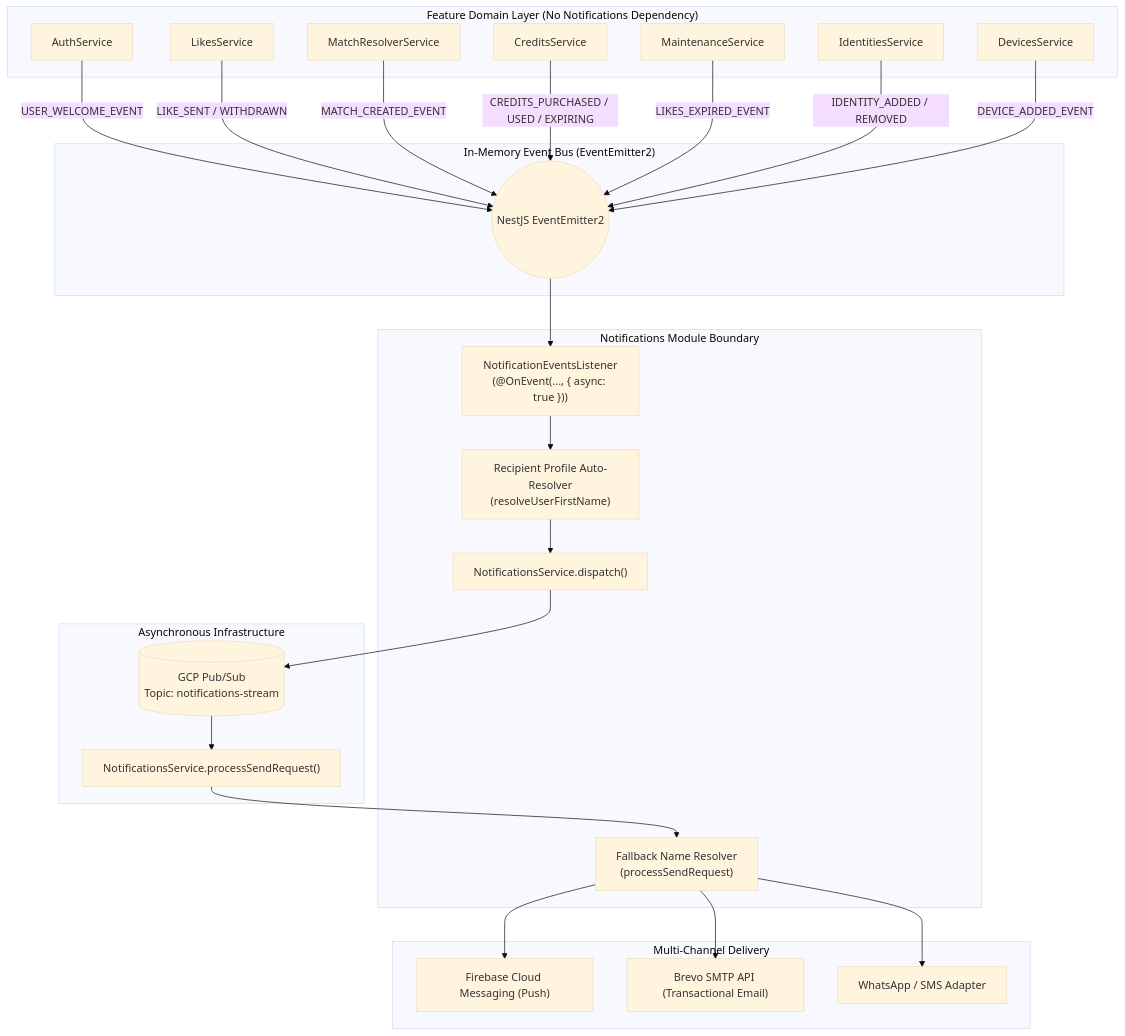
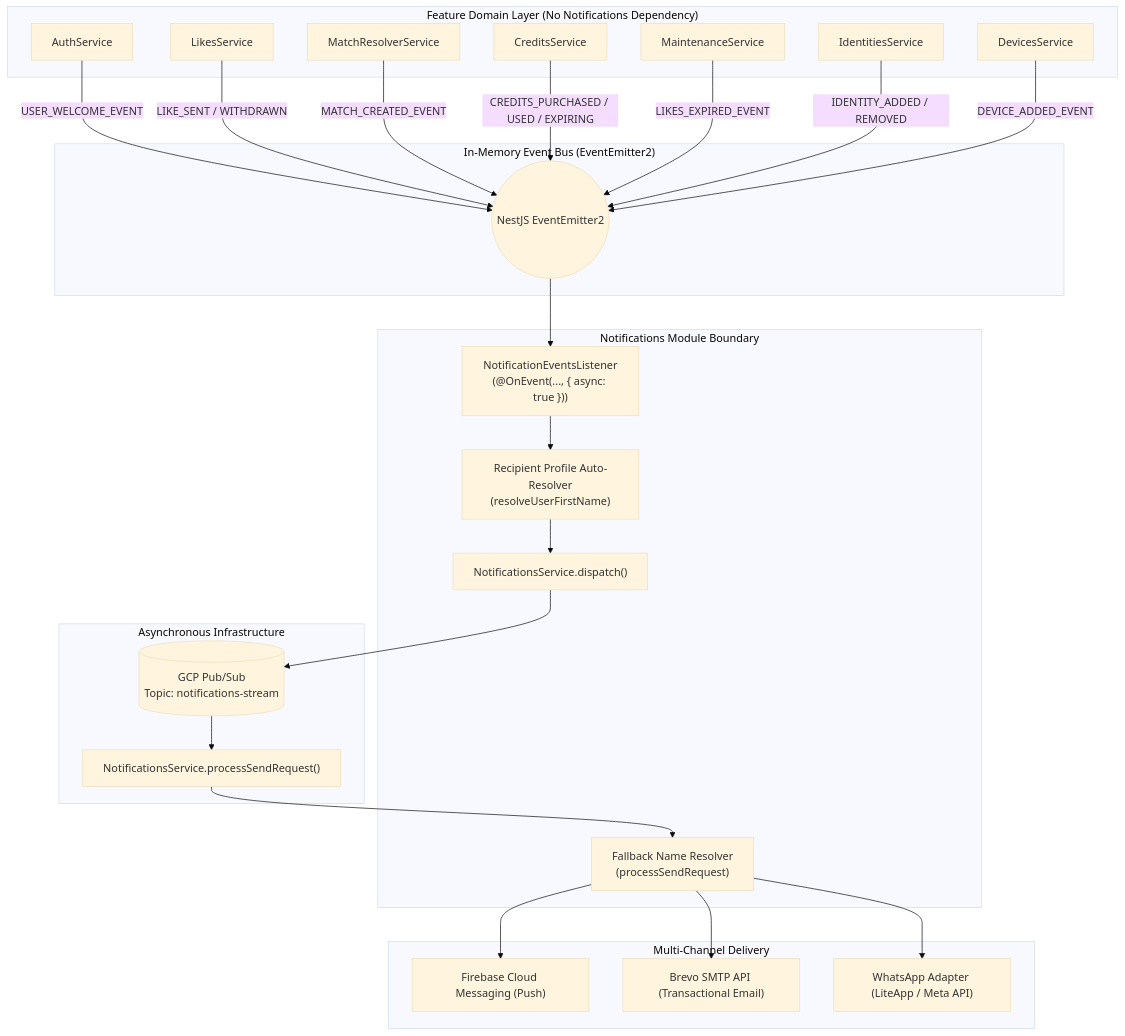
Before and after one commit to SaveSoulApp/Breathaway-Backend: the diagram in docs-site/docs/architecture/domain-events.md, drawn with Mermaid (base theme). The commit also changed other lines of this file and 28 other files, not shown here.

First line of the commit message:
[Feature] WhatsApp integration (#101)

````diff
--- a/docs-site/docs/architecture/domain-events.md
+++ b/docs-site/docs/architecture/domain-events.md
@@ -51,52 +51,52 @@
 ```mermaid
 flowchart TD
     subgraph FeatureDomains["Feature Domain Layer (No Notifications Dependency)"]
         AUTH["AuthService"]
         LIKES["LikesService"]
         MATCH["MatchResolverService"]
         CREDITS["CreditsService"]
         MAINT["MaintenanceService"]
         IDENT["IdentitiesService"]
         DEV["DevicesService"]
     end
 
     subgraph EventBroker["In-Memory Event Bus (EventEmitter2)"]
         BUS(("NestJS EventEmitter2"))
     end
 
     subgraph NotificationsLayer["Notifications Module Boundary"]
         LISTENER["NotificationEventsListener<br/>(@OnEvent(..., { async: true }))"]
         RESOLVER["Recipient Profile Auto-Resolver<br/>(resolveUserFirstName)"]
         NOTIF_SVC["NotificationsService.dispatch()"]
         FALLBACK["Fallback Name Resolver<br/>(processSendRequest)"]
     end
 
     subgraph MessagingQueue["Asynchronous Infrastructure"]
         PUBSUB[("GCP Pub/Sub<br/>Topic: notifications-stream")]
         WORKER["NotificationsService.processSendRequest()"]
     end
 
     subgraph DeliveryChannels["Multi-Channel Delivery"]
         FCM["Firebase Cloud Messaging (Push)"]
         BREVO["Brevo SMTP API (Transactional Email)"]
-        WA["WhatsApp / SMS Adapter"]
+        WA["WhatsApp Adapter (LiteApp / Meta API)"]
     end
 
     AUTH -->|USER_WELCOME_EVENT| BUS
     LIKES -->|LIKE_SENT / WITHDRAWN| BUS
     MATCH -->|MATCH_CREATED_EVENT| BUS
     CREDITS -->|CREDITS_PURCHASED / USED / EXPIRING| BUS
     MAINT -->|LIKES_EXPIRED_EVENT| BUS
     IDENT -->|IDENTITY_ADDED / REMOVED| BUS
     DEV -->|DEVICE_ADDED_EVENT| BUS
 
     BUS --> LISTENER
     LISTENER --> RESOLVER
     RESOLVER --> NOTIF_SVC
     NOTIF_SVC --> PUBSUB
     PUBSUB --> WORKER
     WORKER --> FALLBACK
     FALLBACK --> FCM
     FALLBACK --> BREVO
     FALLBACK --> WA
 ```
````
